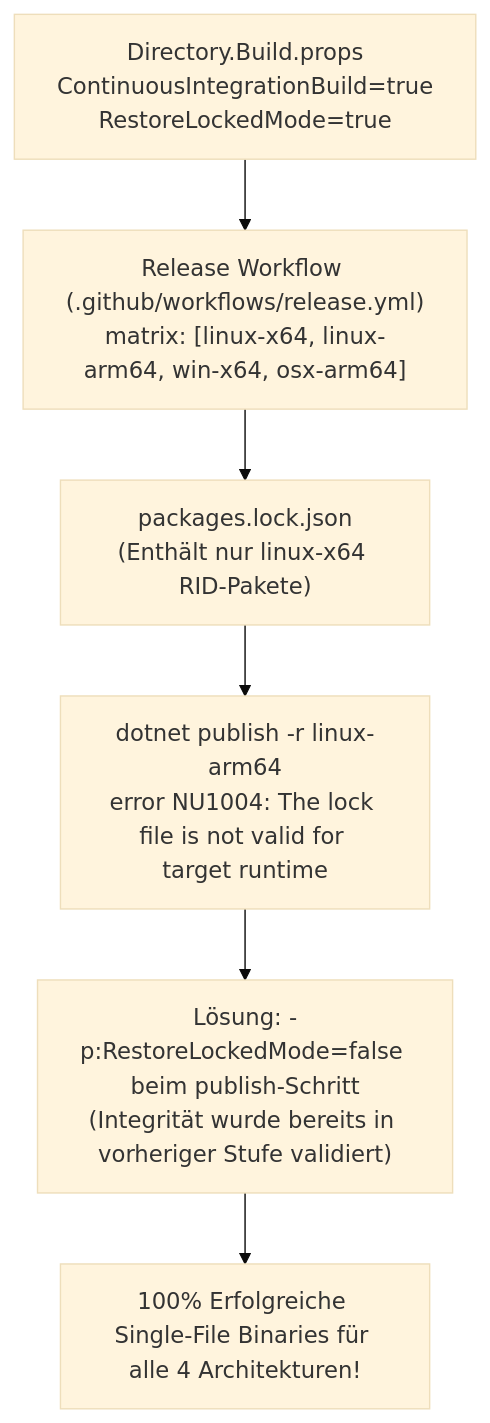
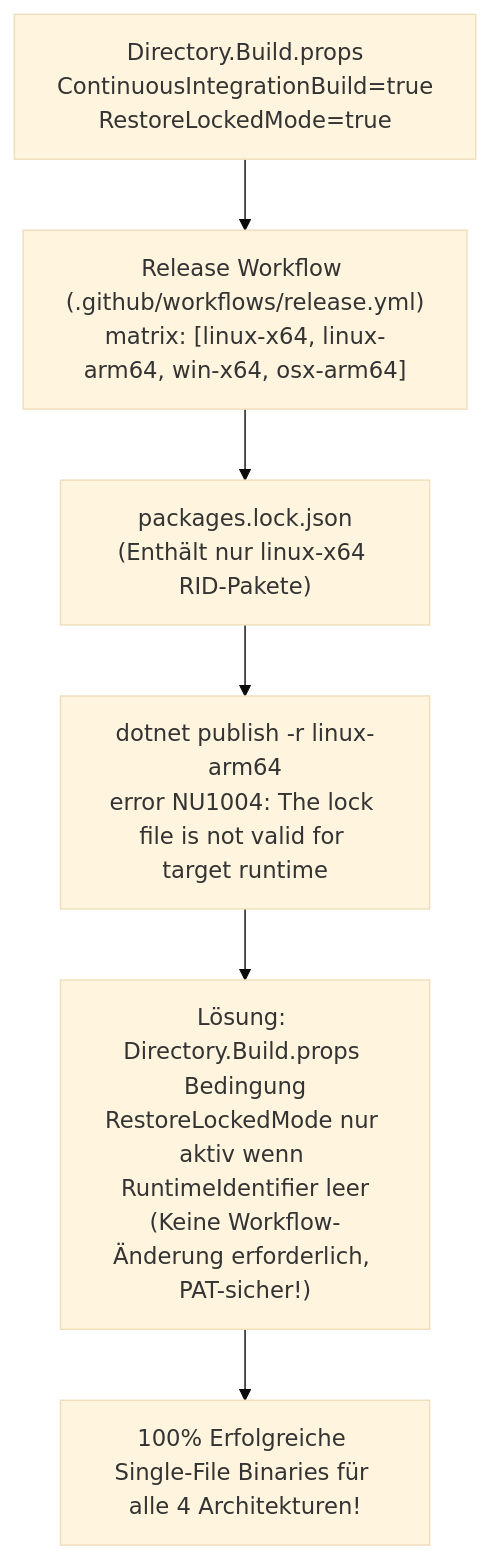
The diagram in docs/plans/plan-security-review-phase3.md (themulle/autheris), drawn with Mermaid (base theme) before and after one commit. The commit also changed other lines of this file and 5 other files, not shown here.

Commit message:
docs(security): expand architecture plans with threat models, cryptographic invariants, and security hardening guidelines

````diff
--- a/docs/plans/plan-security-review-phase3.md
+++ b/docs/plans/plan-security-review-phase3.md
@@ -107,10 +107,10 @@
 ```mermaid
 flowchart TD
     BuildProps["Directory.Build.props<br/>ContinuousIntegrationBuild=true<br/>RestoreLockedMode=true"] --> Trigger["Release Workflow (.github/workflows/release.yml)<br/>matrix: [linux-x64, linux-arm64, win-x64, osx-arm64]"]
     Trigger --> LockFile["packages.lock.json<br/>(Enthält nur linux-x64 RID-Pakete)"]
     LockFile --> Error["dotnet publish -r linux-arm64<br/>error NU1004: The lock file is not valid for target runtime"]
     
-    Fix["Lösung: -p:RestoreLockedMode=false beim publish-Schritt<br/>(Integrität wurde bereits in vorheriger Stufe validiert)"]
+    Fix["Lösung: Directory.Build.props Bedingung<br/>RestoreLockedMode nur aktiv wenn RuntimeIdentifier leer<br/>(Keine Workflow-Änderung erforderlich, PAT-sicher!)"]
     Error --> Fix
     Fix --> Success["100% Erfolgreiche Single-File Binaries für alle 4 Architekturen!"]
 ```
````
